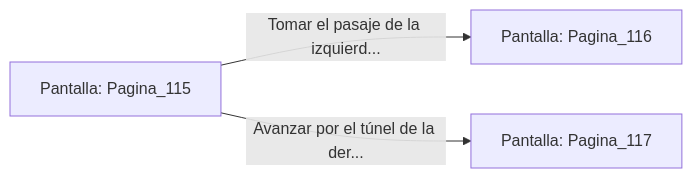
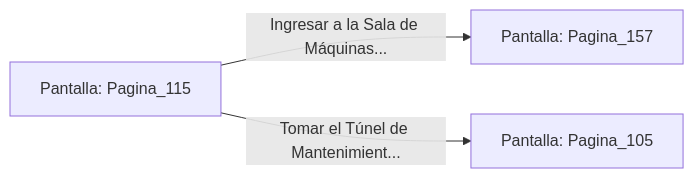
Before and after one commit to metsuke/mpl: the diagram in sample/eligejuego-vault/Pantalla_Pagina_115.md, drawn with Mermaid. The commit also changed other lines of this file and 635 other files, not shown here.

First line of the commit message:
fix: añadir Pagina_1 como pantalla inicial en capitulo_01.mpl

````diff
--- a/sample/eligejuego-vault/Pantalla_Pagina_115.md
+++ b/sample/eligejuego-vault/Pantalla_Pagina_115.md
@@ -20,6 +24,6 @@
 ```mermaid
 graph LR
     P_Pagina_115["Pantalla: Pagina_115"]
-    P_Pagina_115 -->|"Tomar el pasaje de la izquierd..."| P_Pagina_116["Pantalla: Pagina_116"]
-    P_Pagina_115 -->|"Avanzar por el túnel de la der..."| P_Pagina_117["Pantalla: Pagina_117"]
+    P_Pagina_115 -->|"Ingresar a la Sala de Máquinas..."| P_Pagina_157["Pantalla: Pagina_157"]
+    P_Pagina_115 -->|"Tomar el Túnel de Mantenimient..."| P_Pagina_105["Pantalla: Pagina_105"]
 ```
````
